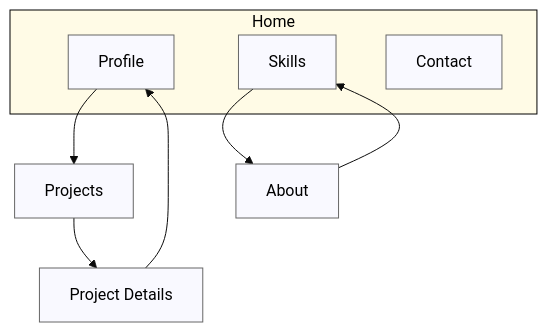
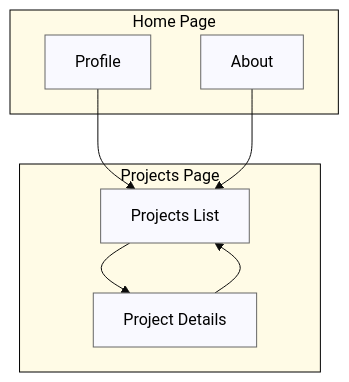
One commit to amine-mohamed77/Portfolio-laravel changed the diagram in Conception/portfolio.mmd. Above: the diagram before and after it, drawn with Mermaid (base theme). The commit also changed 5 other files, not shown here.

```diff
--- a/Conception/portfolio.mmd
+++ b/Conception/portfolio.mmd
@@ -1,19 +1,23 @@
 graph TD
-    subgraph HomeSection["Home"]
+    subgraph Home["Home Page"]
         A1[Profile]
-        A2[Skills]
-        A3[Contact]
+        A2[About]
     end
 
-    A1 --> B[Projects]
-    A2 --> C[About]
-    B --> D[Project Details]
-    D --> A1
-    C --> A2
+    subgraph ProjectsPage["Projects Page"]
+        B[Projects List]
+        D[Project Details]
+    end
+
+
+    A1 --> B   
+    A2 --> B    
+    B --> D     
+    D --> B 
 
     %% Styling
     classDef main fill:#fffbe6,stroke:#000,color:#000,stroke-width:1px;
     classDef node fill:#f9f9ff,stroke:#666,color:#000,stroke-width:1px;
 
-    class HomeSection main;
-    class A1,A2,A3,B,C,D node;
+    class Home,ProjectsPage main;
+    class A1,A2,B,D node;
```
